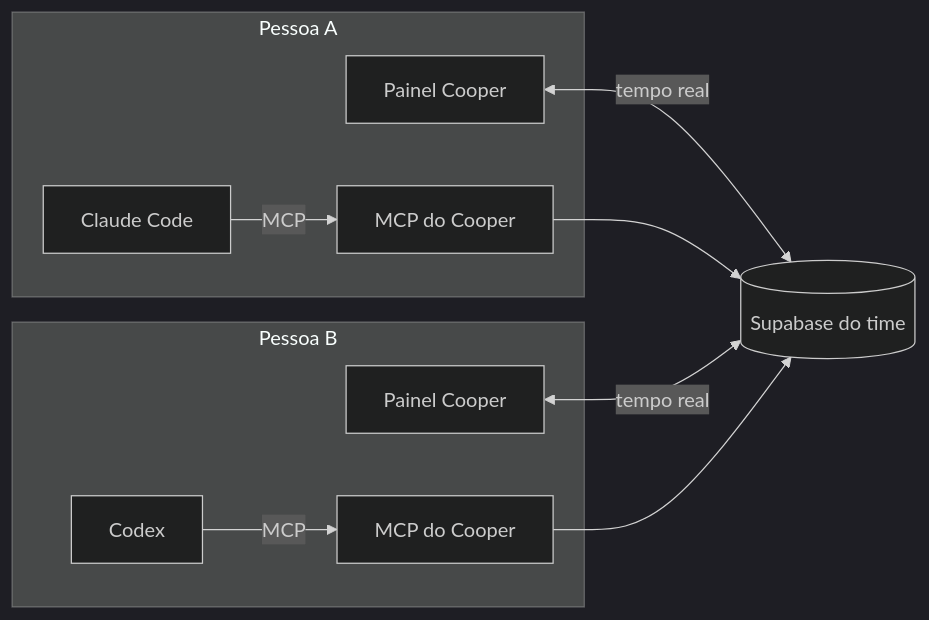
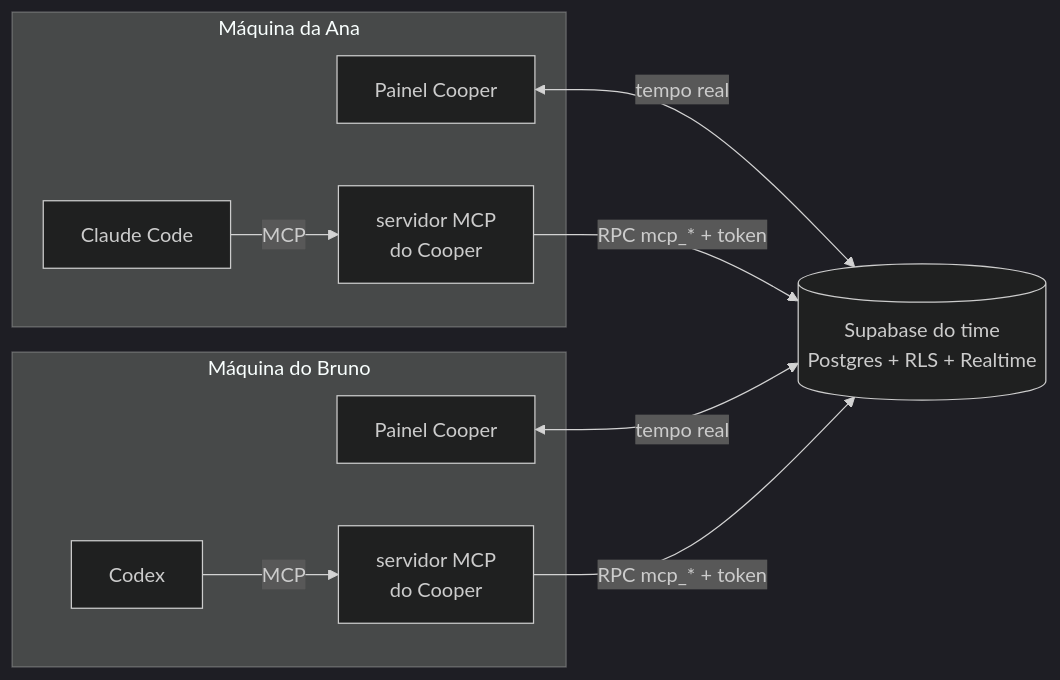
One commit to alanmateuz/Cooper changed the diagram in README.md. Above: the diagram before and after it, drawn with Mermaid (dark theme). The commit also changed other lines of this file and 1 other file, not shown here.

````diff
--- a/README.md
+++ b/README.md
@@ -42,16 +59,16 @@
 ```mermaid
 flowchart LR
-  subgraph A["Pessoa A"]
+  subgraph A["Máquina da Ana"]
     WA["Painel Cooper"]
-    CA["Claude Code"] -- MCP --> MA["MCP do Cooper"]
+    CA["Claude Code"] -- MCP --> MA["servidor MCP<br/>do Cooper"]
   end
-  subgraph B["Pessoa B"]
+  subgraph B["Máquina do Bruno"]
     WB["Painel Cooper"]
-    CB["Codex"] -- MCP --> MB["MCP do Cooper"]
+    CB["Codex"] -- MCP --> MB["servidor MCP<br/>do Cooper"]
   end
-  DB[("Supabase do time")]
-  MA --> DB
-  MB --> DB
+  DB[("Supabase do time<br/>Postgres + RLS + Realtime")]
+  MA -- "RPC mcp_* + token" --> DB
+  MB -- "RPC mcp_* + token" --> DB
   WA <-- "tempo real" --> DB
   WB <-- "tempo real" --> DB
 ```
````
